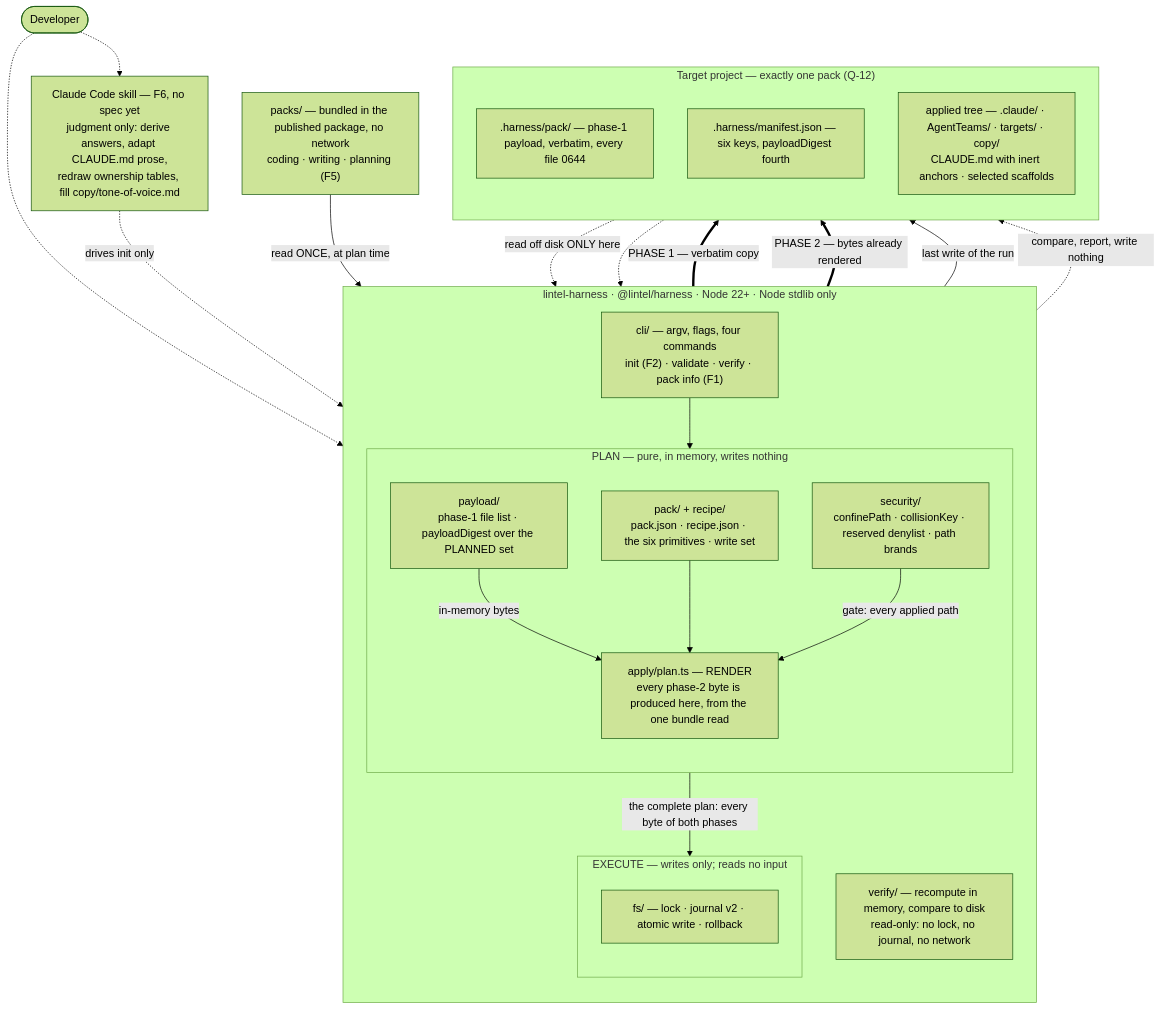
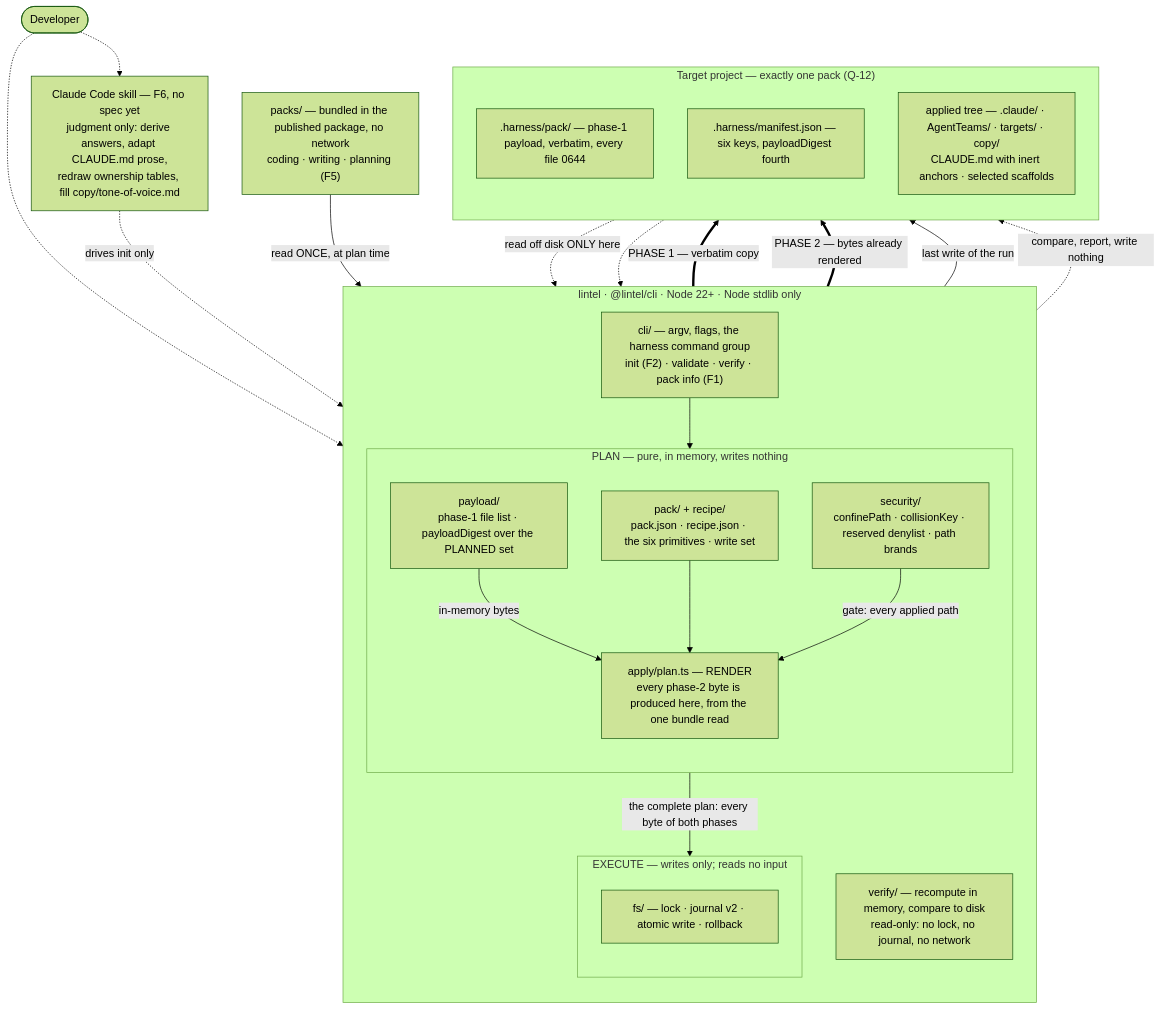
Before and after one commit to ThomasHoest/lintel-harness: the diagram in specifications/general/system-architecture.md, drawn with Mermaid (forest theme). The commit also changed other lines of this file and 10 other files, not shown here.

````diff
--- a/specifications/general/system-architecture.md
+++ b/specifications/general/system-architecture.md
@@ -104,49 +111,49 @@
 ```mermaid
 flowchart TB
   dev(["Developer"])
   skill["Claude Code skill — F6, no spec yet<br/>judgment only: derive answers, adapt CLAUDE.md prose,<br/>redraw ownership tables, fill copy/tone-of-voice.md"]
   bundle["packs/ — bundled in the published package, no network<br/>coding · writing · planning (F5)"]
 
-  subgraph cli["lintel-harness · @lintel/harness · Node 22+ · Node stdlib only"]
+  subgraph cli["lintel · @lintel/cli · Node 22+ · Node stdlib only"]
     direction TB
-    cliq["cli/ — argv, flags, four commands<br/>init (F2) · validate · verify · pack info (F1)"]
+    cliq["cli/ — argv, flags, the harness command group<br/>init (F2) · validate · verify · pack info (F1)"]
 
     subgraph planner["PLAN — pure, in memory, writes nothing"]
       direction TB
       pk["pack/ + recipe/<br/>pack.json · recipe.json · the six primitives · write set"]
       se["security/<br/>confinePath · collisionKey · reserved denylist · path brands"]
       pl["payload/<br/>phase-1 file list · payloadDigest over the PLANNED set"]
       rn["apply/plan.ts — RENDER<br/>every phase-2 byte is produced here, from the one bundle read"]
     end
 
     subgraph writer["EXECUTE — writes only; reads no input"]
       direction TB
       fsw["fs/ — lock · journal v2 · atomic write · rollback"]
     end
 
     vf["verify/ — recompute in memory, compare to disk<br/>read-only: no lock, no journal, no network"]
   end
 
   subgraph proj["Target project — exactly one pack (Q-12)"]
     direction TB
     hp[".harness/pack/ — phase-1 payload, verbatim, every file 0644"]
     hm[".harness/manifest.json — six keys, payloadDigest fourth"]
     ap["applied tree — .claude/ · AgentTeams/ · targets/ · copy/<br/>CLAUDE.md with inert anchors · selected scaffolds"]
   end
 
   dev -.-> skill
   dev -.-> cliq
   skill -.->|drives init only| cliq
   cliq --> pk
   bundle -->|"read ONCE, at plan time"| pl
   pl -->|in-memory bytes| rn
   pk --> rn
   se -->|"gate: every applied path"| rn
   rn -->|"the complete plan: every byte of both phases"| fsw
   fsw ==>|"PHASE 1 — verbatim copy"| hp
   fsw ==>|"PHASE 2 — bytes already rendered"| ap
   fsw -->|"last write of the run"| hm
   hp -.->|"read off disk ONLY here"| vf
   hm -.-> vf
   vf -.->|compare, report, write nothing| ap
 ```
````
